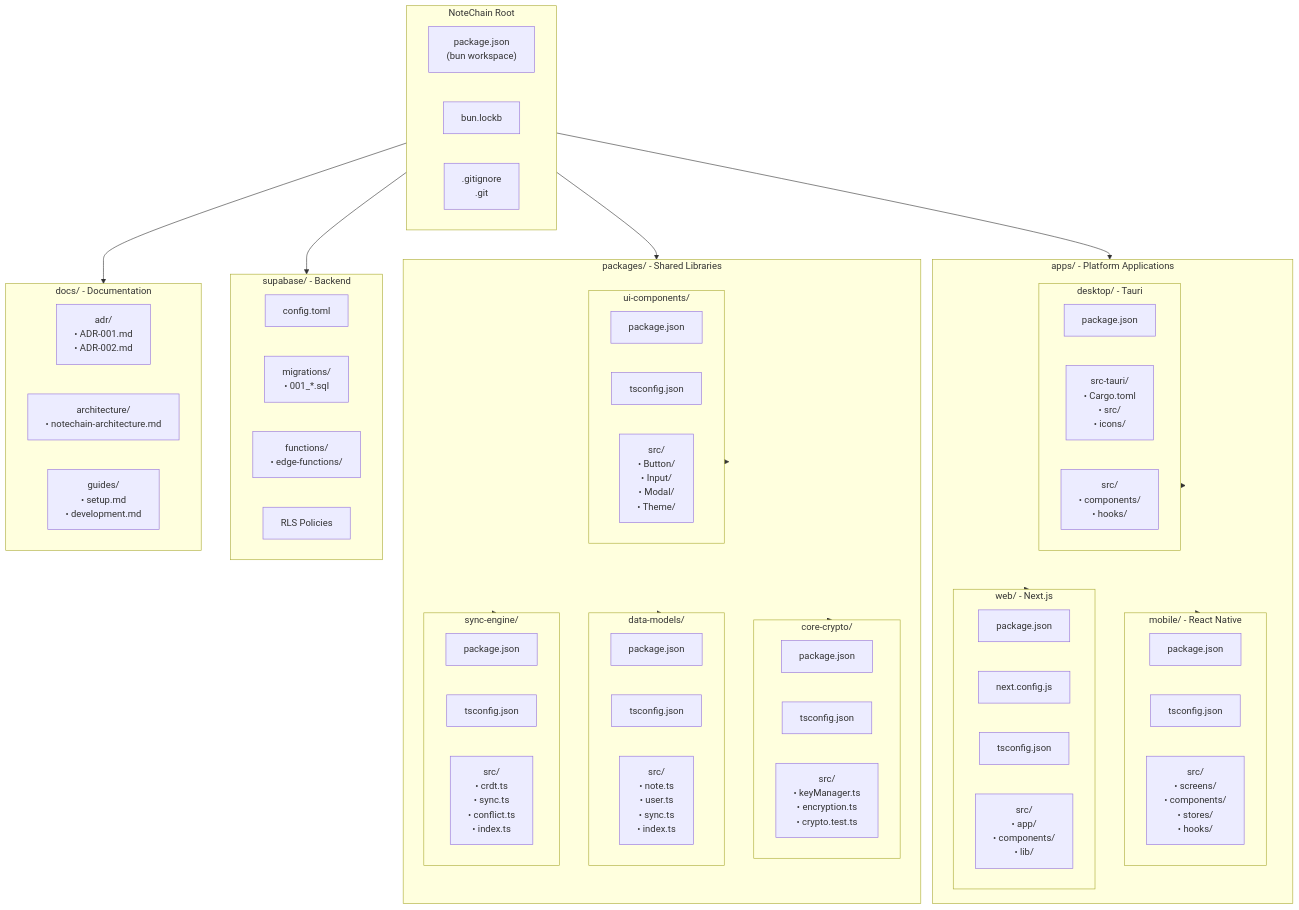
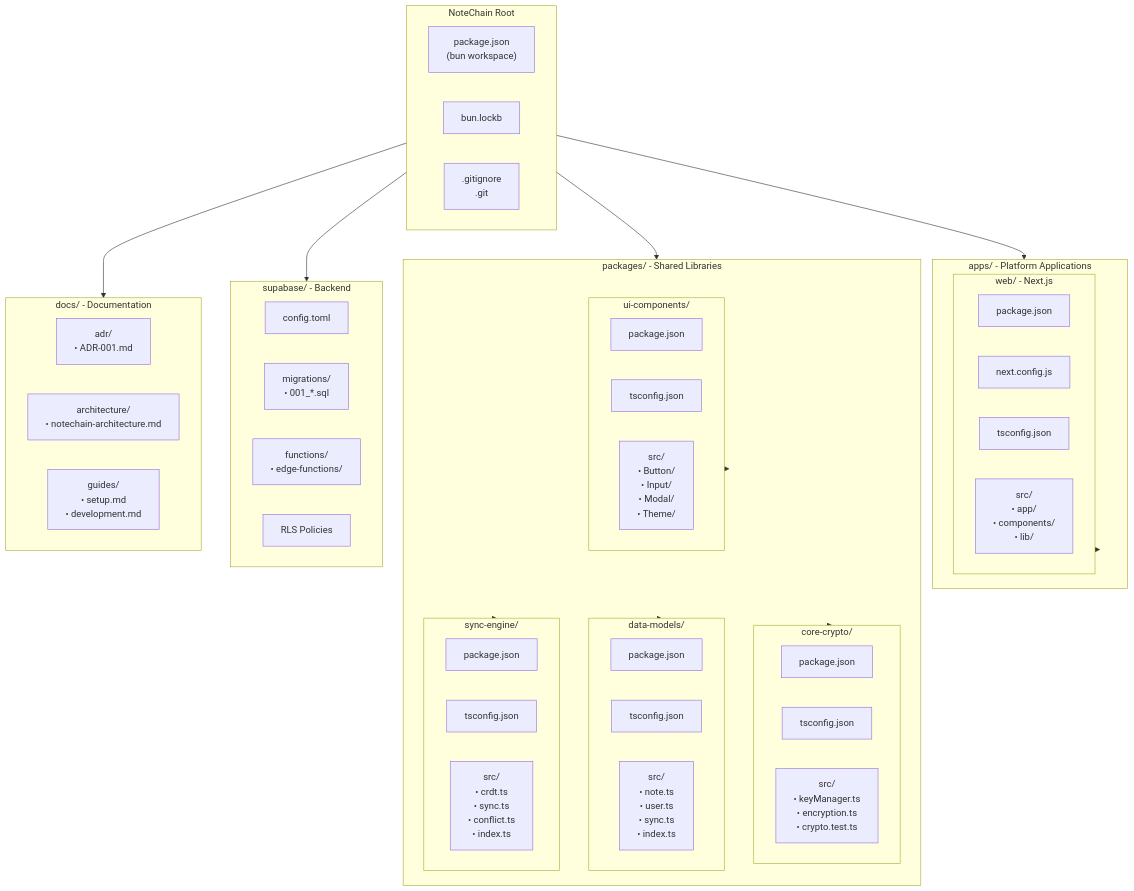
One commit to Fchery87/NOTECHAIN changed the ninth of 13 diagrams in docs/architecture/notechain-architecture.md. Above: the diagram before and after it, drawn with Mermaid. The commit also changed other lines of this file and 304 other files, not shown here.

````diff
--- a/docs/architecture/notechain-architecture.md
+++ b/docs/architecture/notechain-architecture.md
@@ -412,82 +384,68 @@
 ```mermaid
 flowchart TD
     subgraph Root["NoteChain Root"]
         Config["package.json\n(bun workspace)"]
         Lock["bun.lockb"]
         Git[".gitignore\n.git"]
     end
 
     subgraph Apps["apps/ - Platform Applications"]
-        subgraph Mobile["mobile/ - React Native"]
-            MobileConfig["package.json"]
-            MobileTS["tsconfig.json"]
-            MobileSrc["src/\n• screens/\n• components/\n• stores/\n• hooks/"]
-        end
-
         subgraph Web["web/ - Next.js"]
             WebConfig["package.json"]
             WebNext["next.config.js"]
             WebTS["tsconfig.json"]
             WebSrc["src/\n• app/\n• components/\n• lib/"]
-        end
-
-        subgraph Desktop["desktop/ - Tauri"]
-            DesktopConfig["package.json"]
-            DesktopRust["src-tauri/\n• Cargo.toml\n• src/\n• icons/"]
-            DesktopSrc["src/\n• components/\n• hooks/"]
         end
     end
 
     subgraph Packages["packages/ - Shared Libraries"]
         subgraph CoreCrypto["core-crypto/"]
             CryptoConfig["package.json"]
             CryptoTS["tsconfig.json"]
             CryptoSrc["src/\n• keyManager.ts\n• encryption.ts\n• crypto.test.ts"]
         end
 
         subgraph DataModels["data-models/"]
             ModelsConfig["package.json"]
             ModelsTS["tsconfig.json"]
             ModelsSrc["src/\n• note.ts\n• user.ts\n• sync.ts\n• index.ts"]
         end
 
         subgraph SyncEngine["sync-engine/"]
             SyncConfig["package.json"]
             SyncTS["tsconfig.json"]
             SyncSrc["src/\n• crdt.ts\n• sync.ts\n• conflict.ts\n• index.ts"]
         end
 
         subgraph UIComponents["ui-components/"]
             UIConfig["package.json"]
             UITS["tsconfig.json"]
             UISrc["src/\n• Button/\n• Input/\n• Modal/\n• Theme/"]
         end
     end
 
     subgraph Supabase["supabase/ - Backend"]
         SupabaseConfig["config.toml"]
         Migrations["migrations/\n• 001_*.sql"]
         Functions["functions/\n• edge-functions/"]
         Policies["RLS Policies"]
     end
 
     subgraph Docs["docs/ - Documentation"]
-        ADR["adr/\n• ADR-001.md\n• ADR-002.md"]
+        ADR["adr/\n• ADR-001.md"]
         Architecture["architecture/\n• notechain-architecture.md"]
         Guides["guides/\n• setup.md\n• development.md"]
     end
 
     Root --> Apps
     Root --> Packages
     Root --> Supabase
     Root --> Docs
 
-    Apps --> Mobile
     Apps --> Web
-    Apps --> Desktop
 
     Packages --> CoreCrypto
     Packages --> DataModels
     Packages --> SyncEngine
     Packages --> UIComponents
 ```
````
